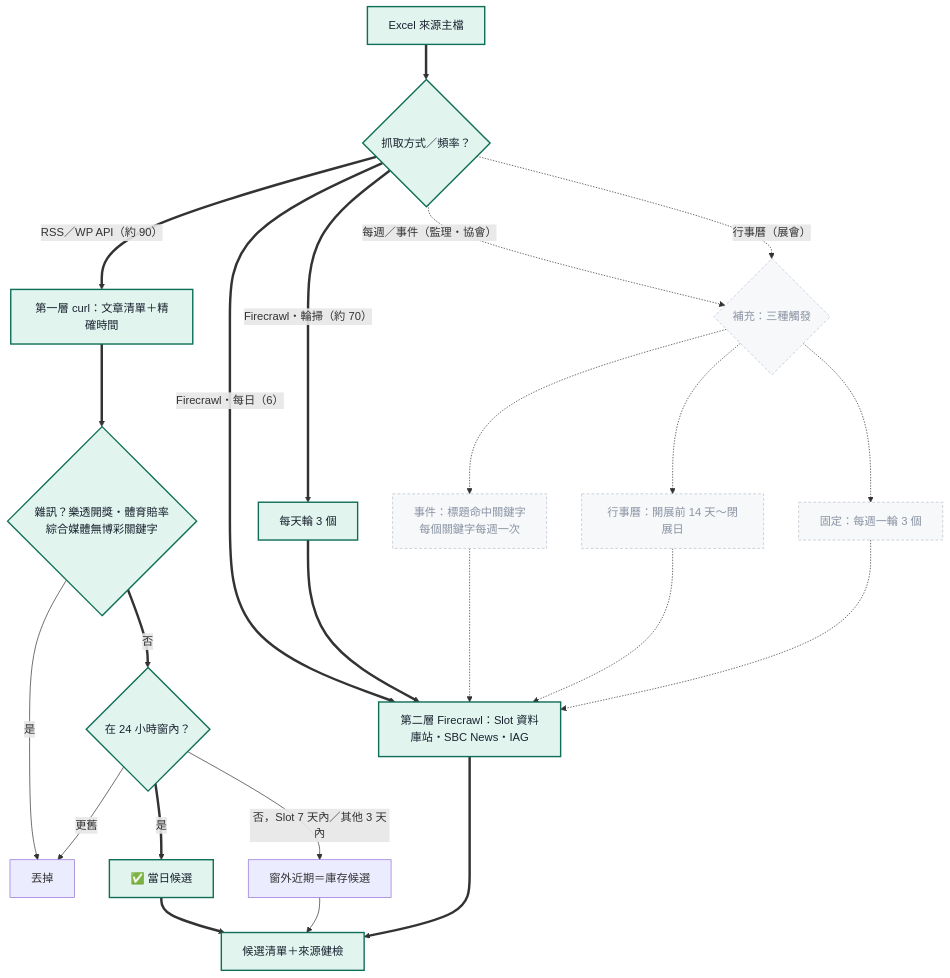
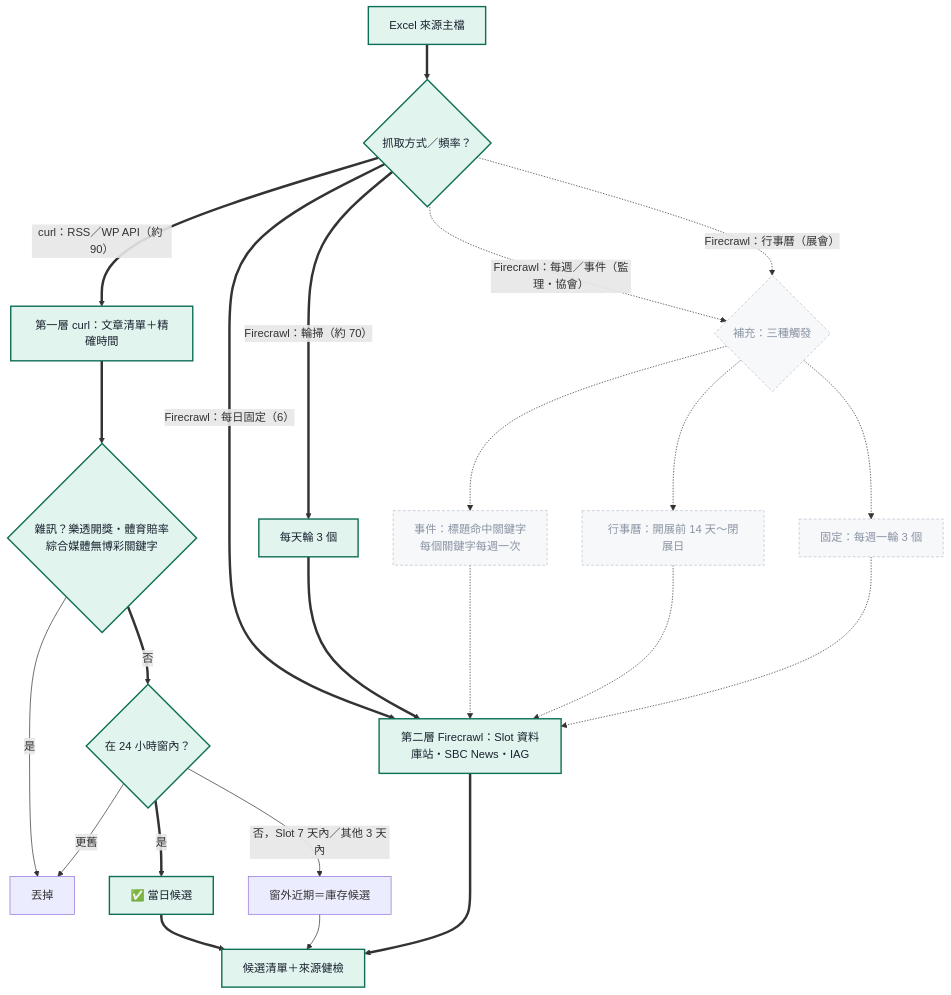
Before and after one commit to igaming-pulse/igaming-daily: the second of 5 diagrams in OutputLogic.md, drawn with Mermaid. The commit also changed other lines of this file and 1 other file, not shown here.

Commit message:
docs: OutputLogic 工具標示與工具 × 步驟對照

````diff
--- a/OutputLogic.md
+++ b/OutputLogic.md
@@ -60,29 +60,29 @@
 ```mermaid
 flowchart TD
   S["Excel 來源主檔"] ==> W{"抓取方式／頻率？"}
-  W == "RSS／WP API（約 90）" ==> L1["第一層 curl：文章清單＋精確時間"]
-  W == "Firecrawl・每日（6）" ==> L2["第二層 Firecrawl：Slot 資料庫站・SBC News・IAG"]
-  W == "Firecrawl・輪掃（約 70）" ==> RT["每天輪 3 個"]
-  W -. "每週／事件（監理・協會）" .-> TR{"補充：三種觸發"}
-  W -. "行事曆（展會）" .-> TR
+  W == "curl：RSS／WP API（約 90）" ==> L1["第一層 curl：文章清單＋精確時間"]
+  W == "Firecrawl：每日固定（6）" ==> L2["第二層 Firecrawl：Slot 資料庫站・SBC News・IAG"]
+  W == "Firecrawl：輪掃（約 70）" ==> RT["每天輪 3 個"]
+  W -. "Firecrawl：每週／事件（監理・協會）" .-> TR{"補充：三種觸發"}
+  W -. "Firecrawl：行事曆（展會）" .-> TR
   TR -.-> E1["事件：標題命中關鍵字<br/>每個關鍵字每週一次"]
   TR -.-> E2["行事曆：開展前 14 天～閉展日"]
   TR -.-> E3["固定：每週一輪 3 個"]
   RT ==> L2
   E1 -.-> L2
   E2 -.-> L2
   E3 -.-> L2
   L1 ==> NZ{"雜訊？樂透開獎・體育賠率<br/>綜合媒體無博彩關鍵字"}
   NZ -- 是 --> DROP["丟掉"]
   NZ == 否 ==> TW{"在 24 小時窗內？"}
   TW == 是 ==> IN["✅ 當日候選"]
   TW -- "否，Slot 7 天內／其他 3 天內" --> OLD["窗外近期＝庫存候選"]
   TW -- 更舊 --> DROP
   IN ==> OUT["候選清單＋來源健檢"]
   OLD --> OUT
   L2 ==> OUT
   classDef main fill:#E1F5EE,stroke:#0F6E56,stroke-width:2px,color:#1A2230
   classDef minor fill:#F7F8FA,stroke:#B8C0CC,stroke-dasharray:4 3,color:#8A94A3
   class S,W,L1,L2,RT,NZ,TW,IN,OUT main
   class TR,E1,E2,E3 minor
 ```
````
